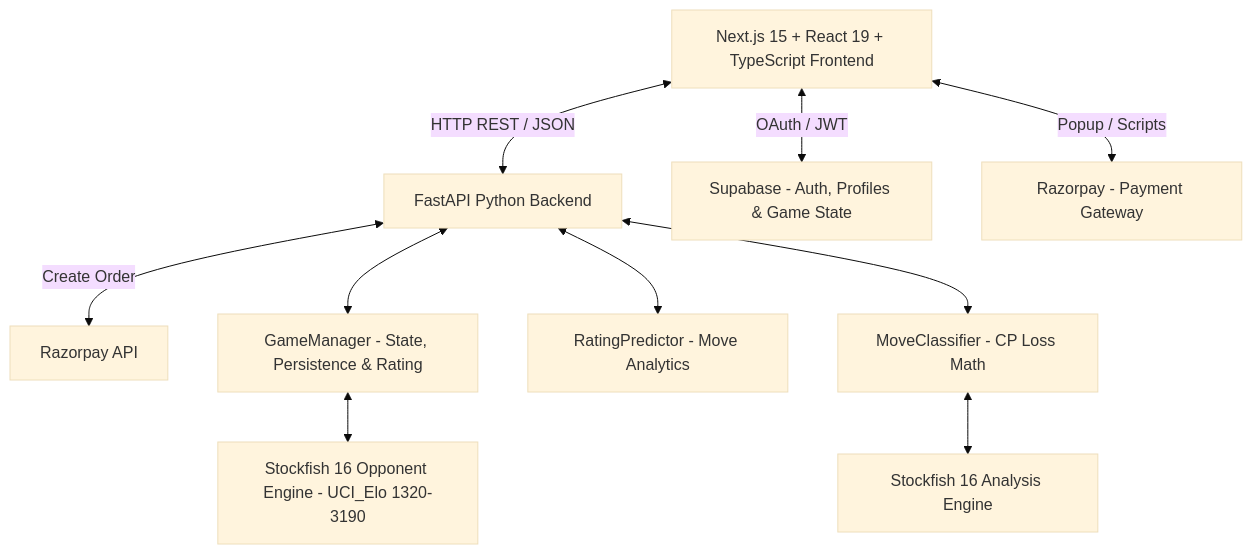
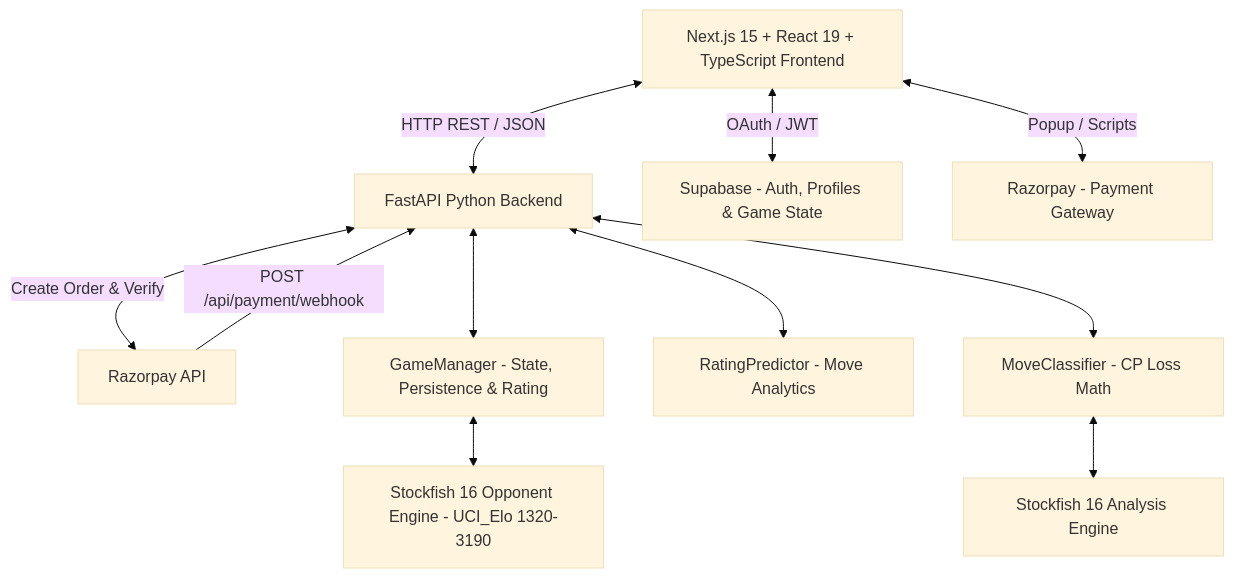
Before and after one commit to janhavi-28/chess-game: the first of 6 diagrams in ARCHITECTURE.md, drawn with Mermaid (base theme). The commit also changed other lines of this file and 30 other files, not shown here.

Commit message:
feat: add 18+ Roast Mode, dynamic safe hint arrows, Razorpay webhook, clean age gate & update docs

````diff
--- a/ARCHITECTURE.md
+++ b/ARCHITECTURE.md
@@ -11,12 +11,13 @@
 ```mermaid
 graph TD
     Client[Next.js 15 + React 19 + TypeScript Frontend] <-->|HTTP REST / JSON| API[FastAPI Python Backend]
     Client <-->|OAuth / JWT| Supabase[Supabase - Auth, Profiles & Game State]
     Client <-->|Popup / Scripts| Razorpay[Razorpay - Payment Gateway]
-    API <-->|Create Order| RazorpayAPI[Razorpay API]
+    API <-->|Create Order & Verify| RazorpayAPI[Razorpay API]
+    RazorpayAPI -->|POST /api/payment/webhook| API
     API <--> Manager[GameManager - State, Persistence & Rating]
     API <--> Analytics[RatingPredictor - Move Analytics]
     API <--> Classifier[MoveClassifier - CP Loss Math]
     Classifier <--> Engine[Stockfish 16 Analysis Engine]
     Manager <--> OpponentEngine[Stockfish 16 Opponent Engine - UCI_Elo 1320-3190]
 ```
````
